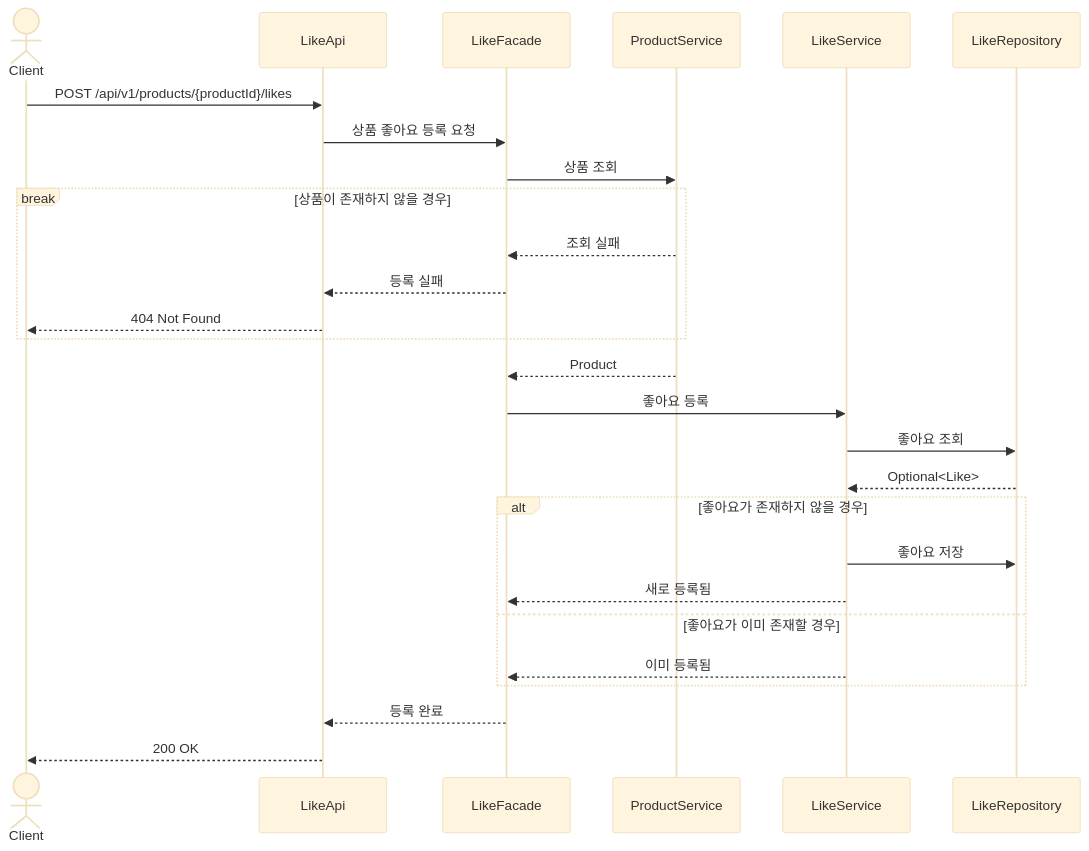
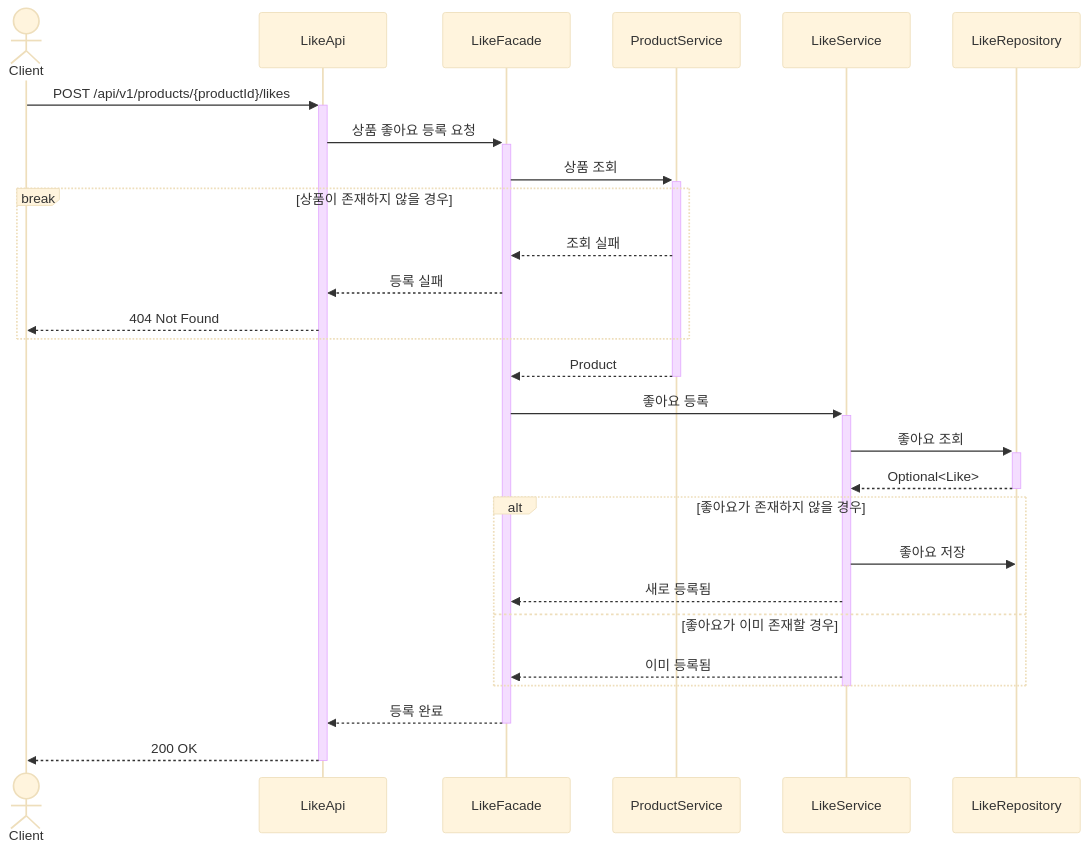
One commit to Loopers-dev-lab/loop-pack-be-l2-vol3-java changed diagram 16 of 23 in .docs/design/02-sequence-diagrams.md. Above: the diagram before and after it, drawn with Mermaid (base theme). The commit also changed other lines of this file, not shown here.

Commit message:
docs: 시퀀스 다이어그램에 액티베이션바 추가

````diff
--- a/.docs/design/02-sequence-diagrams.md
+++ b/.docs/design/02-sequence-diagrams.md
@@ -559,35 +563,36 @@
 ```mermaid
 sequenceDiagram
     actor Client
     participant LikeApi
     participant LikeFacade
     participant ProductService
     participant LikeService
     participant LikeRepository
 
-    Client ->> LikeApi: POST /api/v1/products/{productId}/likes
-    LikeApi ->> LikeFacade: 상품 좋아요 등록 요청
-    LikeFacade ->> ProductService: 상품 조회
+    Client ->>+ LikeApi: POST /api/v1/products/{productId}/likes
+    LikeApi ->>+ LikeFacade: 상품 좋아요 등록 요청
+    LikeFacade ->>+ ProductService: 상품 조회
 
     break 상품이 존재하지 않을 경우
         ProductService -->> LikeFacade: 조회 실패
         LikeFacade -->> LikeApi: 등록 실패
         LikeApi -->> Client: 404 Not Found
     end
 
-    ProductService -->> LikeFacade: Product
+    ProductService -->>- LikeFacade: Product
 
-    LikeFacade ->> LikeService: 좋아요 등록
-    LikeService ->> LikeRepository: 좋아요 조회
-    LikeRepository -->> LikeService: Optional<Like>
+    LikeFacade ->>+ LikeService: 좋아요 등록
+    LikeService ->>+ LikeRepository: 좋아요 조회
+    LikeRepository -->>- LikeService: Optional<Like>
 
     alt 좋아요가 존재하지 않을 경우
         LikeService ->> LikeRepository: 좋아요 저장
         LikeService -->> LikeFacade: 새로 등록됨
     else 좋아요가 이미 존재할 경우
         LikeService -->> LikeFacade: 이미 등록됨
     end
+    deactivate LikeService
 
-    LikeFacade -->> LikeApi: 등록 완료
-    LikeApi -->> Client: 200 OK
+    LikeFacade -->>- LikeApi: 등록 완료
+    LikeApi -->>- Client: 200 OK
 ```
````
